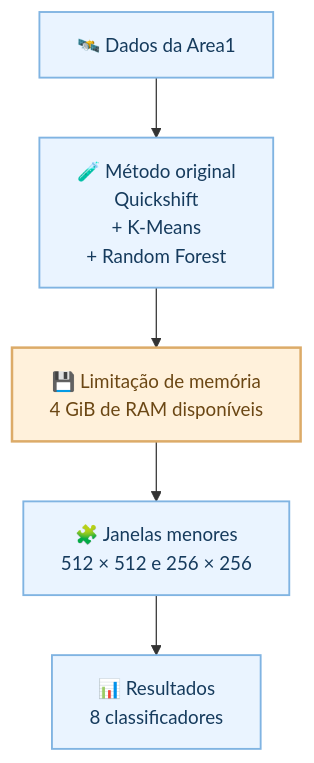
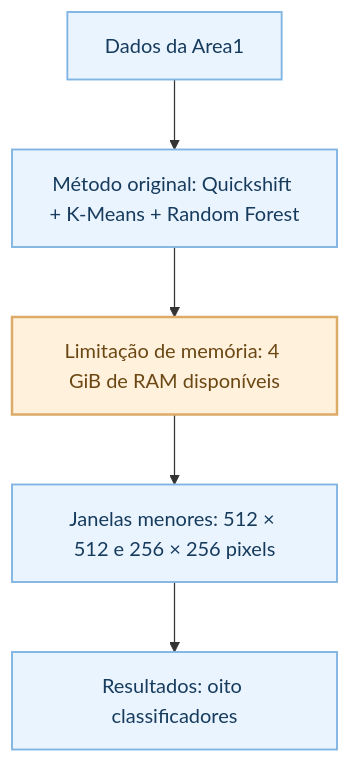
Before and after one commit to BrenoBragaGalvao/mestrado-arvores-urbanas: the first of 3 diagrams in README.md, drawn with Mermaid.

Commit message:
docs: corrige texto cortado no fluxograma do roteiro de leitura

````diff
--- a/README.md
+++ b/README.md
@@ -14,16 +14,16 @@
 ```mermaid
-%%{init: {"flowchart": {"nodeSpacing": 40, "rankSpacing": 48}, "themeVariables": {"fontFamily": "Arial, sans-serif", "fontSize": "15px"}}}%%
+%%{init: {"flowchart": {"nodeSpacing": 50, "rankSpacing": 56, "htmlLabels": false}, "themeVariables": {"fontFamily": "Arial, sans-serif", "fontSize": "16px"}}}%%
 flowchart TB
-    A["🛰️ Dados da Area1"]
-    B["🧪 Método original<br/>Quickshift<br/>+ K-Means<br/>+ Random Forest"]
-    C["💾 Limitação de memória<br/>4 GiB de RAM disponíveis"]
-    D["🧩 Janelas menores<br/>512 × 512 e 256 × 256"]
-    E["📊 Resultados<br/>8 classificadores"]
+    A["Dados da Area1"]
+    B["Método original: Quickshift + K-Means + Random Forest"]
+    C["Limitação de memória: 4 GiB de RAM disponíveis"]
+    D["Janelas menores: 512 × 512 e 256 × 256 pixels"]
+    E["Resultados: oito classificadores"]
 
     A --> B --> C --> D --> E
 
     classDef etapa fill:#eaf4ff,stroke:#80b4e2,color:#163b5d,stroke-width:1.5px;
     classDef memoria fill:#fff1db,stroke:#dcab68,color:#6b4714,stroke-width:2px;
     class A,B,D,E etapa;
     class C memoria;
 ```
````
